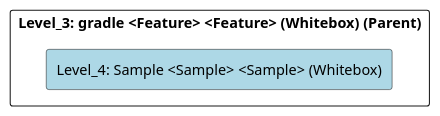
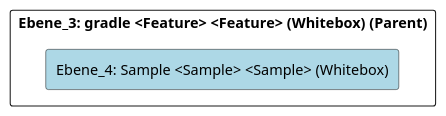
Before and after one commit to marcozwyssig/cleon: the diagram in doc/cleonproject_deliverables_architecture_model_architecture/adoc/de/05_bausteinsicht/cleon/building/gradle/sample/ebene_4_sample.adoc, drawn with PlantUML. The commit also changed other lines of this file and 214 other files, not shown here.

```diff
--- a/doc/cleonproject_deliverables_architecture_model_architecture/adoc/de/05_bausteinsicht/cleon/building/gradle/sample/ebene_4_sample.adoc
+++ b/doc/cleonproject_deliverables_architecture_model_architecture/adoc/de/05_bausteinsicht/cleon/building/gradle/sample/ebene_4_sample.adoc
@@ -20,24 +20,24 @@
-[plantuml, Level_4: Sample <Sample> <Sample> (Whitebox)BlockOverview, format="svg"]
+[plantuml, Ebene_4: Sample <Sample> <Sample> (Whitebox)BlockOverview, format="svg"]
 ----
-@startuml Level_4: Sample <Sample> <Sample> (Whitebox)BuildingBlockOverview
+@startuml Ebene_4: Sample <Sample> <Sample> (Whitebox)BuildingBlockOverview
 
 skinparam ranksep 10
 skinparam componentStyle rectangle
 skinparam shadowing false
 skinparam arrowColor lightblue
 skinparam arrowThickness 1.2
 skinparam rectangle {
   BackgroundColor White
   BorderColor #333
   RoundCorner 10
 }
 top to bottom direction
 
-component "Level_3: gradle <Feature> <Feature> (Whitebox) (Parent)" {
-    component "Level_4: Sample <Sample> <Sample> (Whitebox)" #lightblue {
+component "Ebene_3: gradle <Feature> <Feature> (Whitebox) (Parent)" {
+    component "Ebene_4: Sample <Sample> <Sample> (Whitebox)" #lightblue {
     }
 
 }
 
 @enduml
 ----
```
